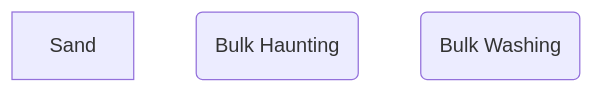
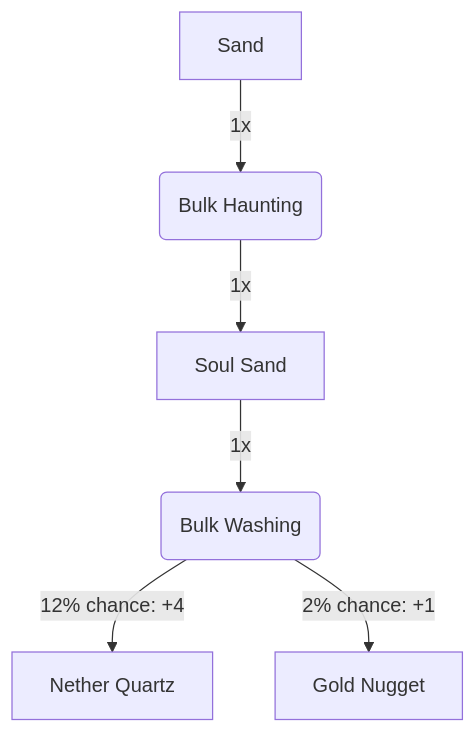
The diagram in content/Recipes/Nether Quartz.md (AltriusRS/create-docs-2), drawn with Mermaid before and after one commit. The commit also changed other lines of this file and 1 other file, not shown here.

Commit message:
vault backup: 2026-09-26 16:09:53

````diff
--- a/content/Recipes/Nether Quartz.md
+++ b/content/Recipes/Nether Quartz.md
@@ -20,6 +20,15 @@
 ```mermaid
 flowchart TD
-	Sand
+	Sand[Sand]
+	Soul[Soul Sand]
+	Quartz[Nether Quartz]
+	Nugg[Gold Nugget]
 	Haunt(Bulk Haunting)
 	Wash(Bulk Washing)
+	
+	Sand --> | 1x | Haunt
+	Haunt --> | 1x | Soul
+	Soul --> | 1x | Wash
+	Wash --> |12% chance: +4|Quartz
+	Wash --> |2% chance: +1|Nugg
 ```
````
